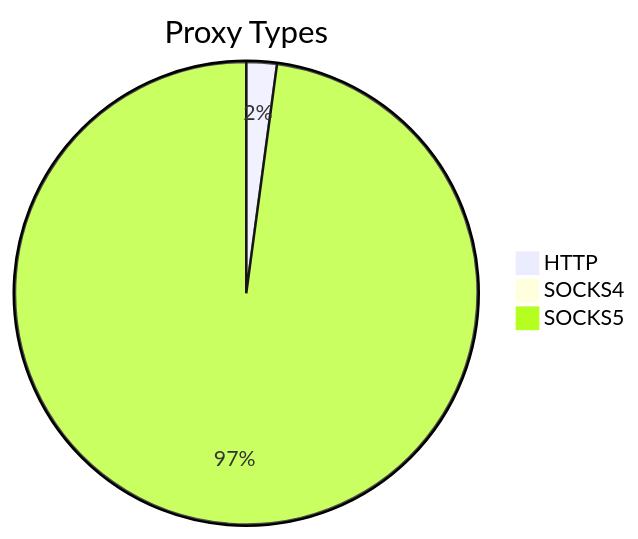
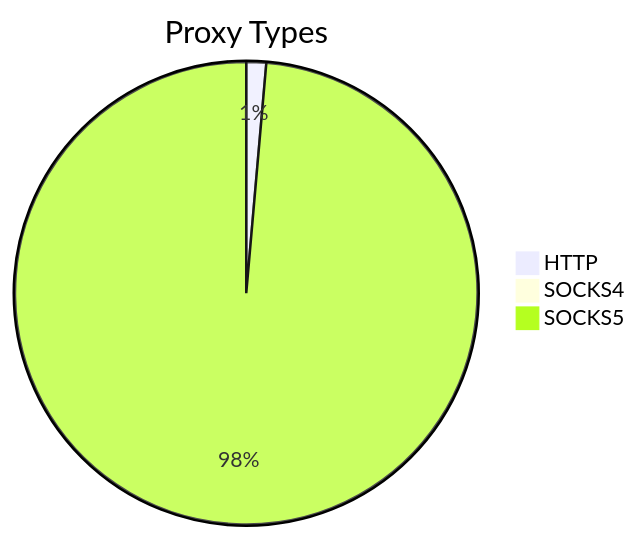
Before and after one commit to stormsia/proxy-list: the first of 2 diagrams in README.md, drawn with Mermaid. The commit also changed other lines of this file, not shown here.

````diff
--- a/README.md
+++ b/README.md
@@ -21,6 +21,6 @@
 ```mermaid
 pie title Proxy Types
-    "HTTP" : 100
-    "SOCKS4" : 28
-    "SOCKS5" : 4602
+    "HTTP" : 93
+    "SOCKS4" : 24
+    "SOCKS5" : 6623
 ```
````
